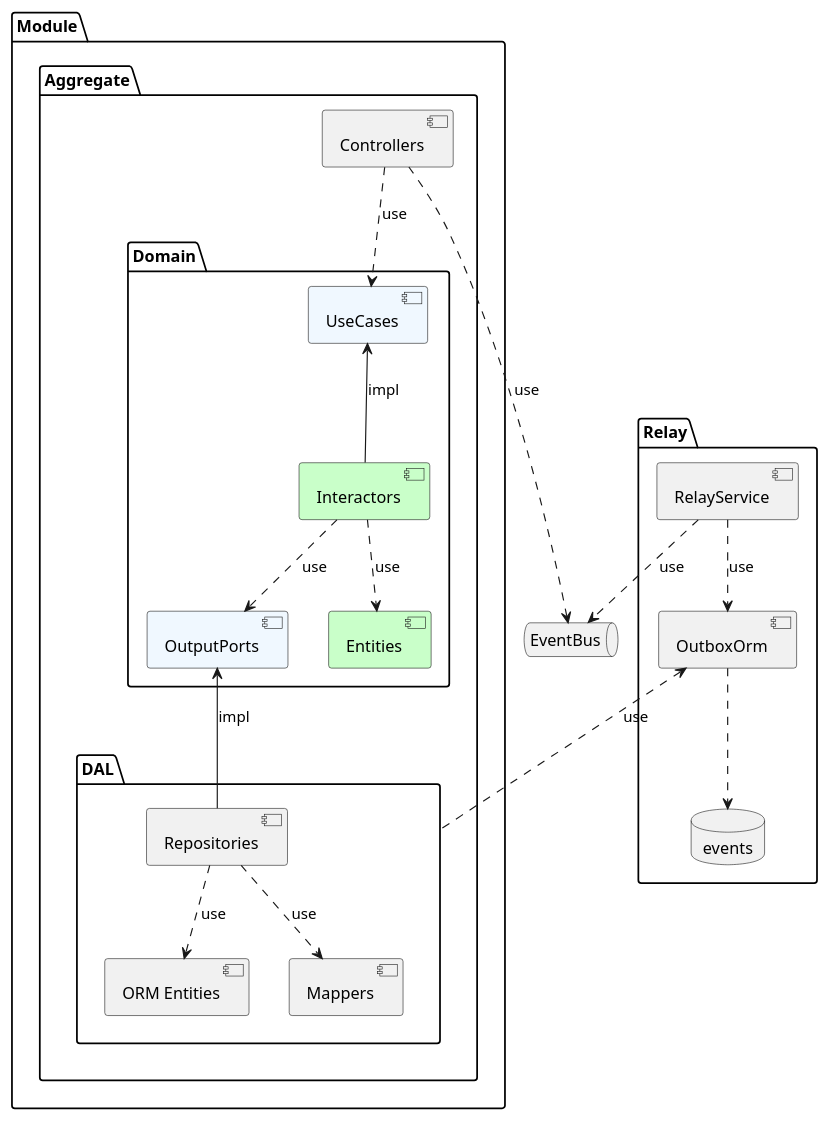
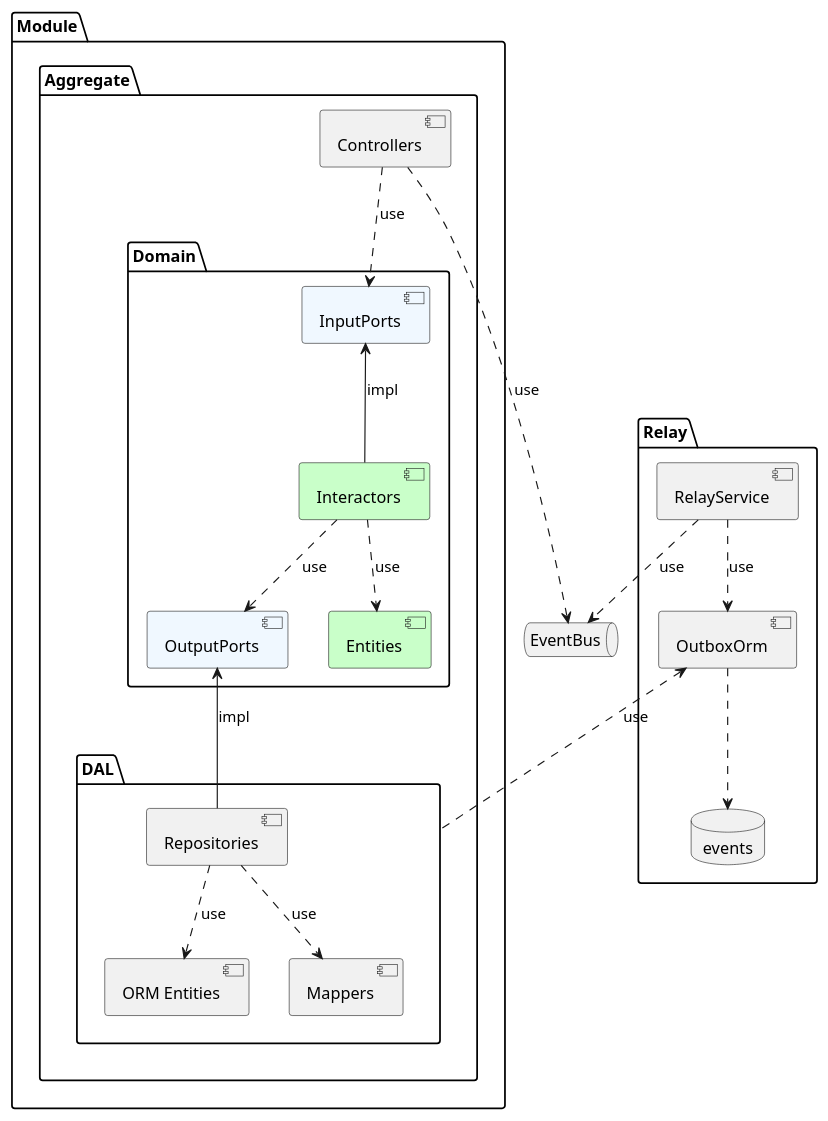
Before and after one commit to zhuravlevma/typescript-ddd-architecture: the diagram in diagram.iuml, drawn with PlantUML. The commit also changed 99 other files, not shown here.

Commit message:
fix: rename ports, fix diagram

```diff
--- a/diagram.iuml
+++ b/diagram.iuml
@@ -1,43 +1,43 @@
 @startuml
 
 package "Module" {
 
 
 package Aggregate {
  package "Domain" {
- component [UseCases] #AliceBlue
+ component [InputPorts] #AliceBlue
  component [Entities] #TECHNOLOGY
  component [OutputPorts] #AliceBlue
  component [Interactors] #TECHNOLOGY
 
- [Interactors] -up-> [UseCases] : impl
+ [Interactors] -up-> [InputPorts] : impl
  [Interactors] .down.> [Entities] : use
  [Interactors] .down.> [OutputPorts] : use
 }
 
-[Controllers] ..> [UseCases] : use
+[Controllers] ..> [InputPorts] : use
 
 package "DAL" {
 [Repositories] -up-> [OutputPorts] : impl
 [Repositories] .down.> [ORM Entities] : use
 [Repositories] .down.> [Mappers] : use
 }
 }
 }
 
 queue EventBus
 
 package "Relay" {
  [RelayService] ..> [OutboxOrm] : use
  [RelayService] ..> [EventBus] : use
  [Controllers] ..> [EventBus] : use
  [OutboxOrm] <.. [DAL] : use
 
  database events
 
  [OutboxOrm] ..> [events]
 
 }
 
 
 @enduml
```
